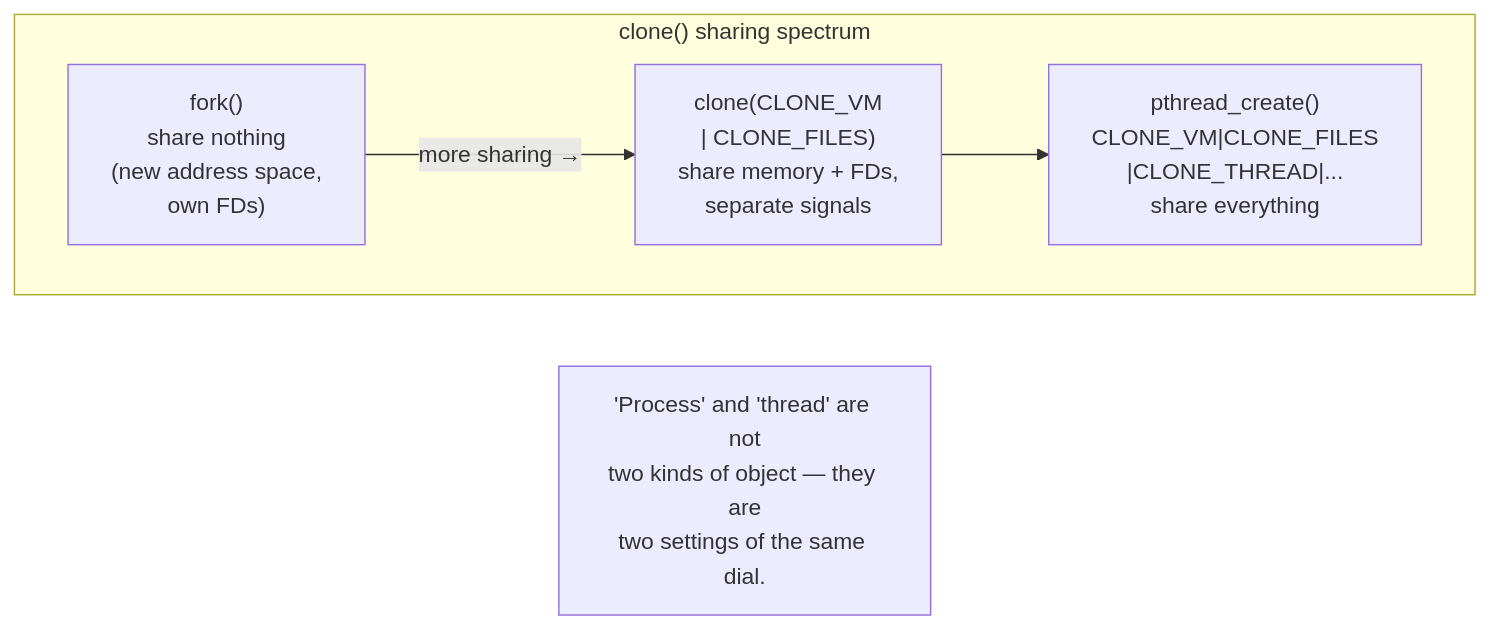
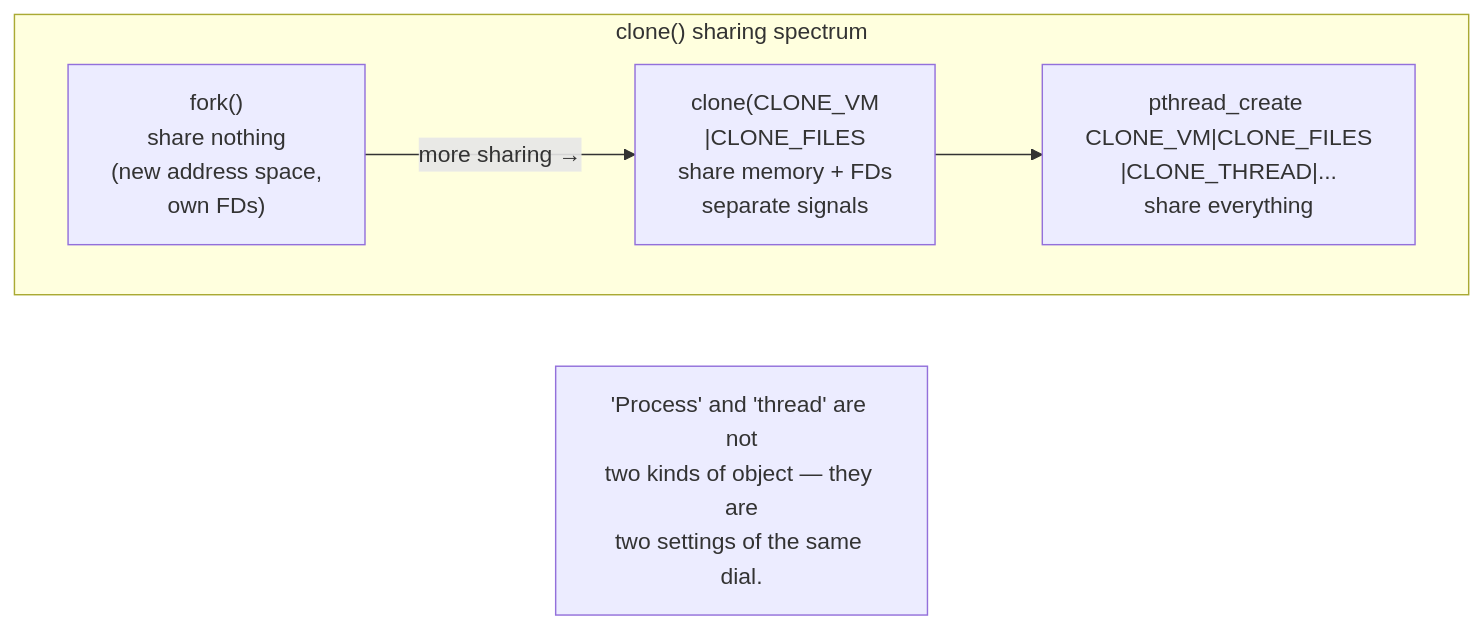
The fourth of 7 diagrams in vol-02-operating-systems-linux/ch01-process-model.md (bumbsclaw/textbooks), drawn with Mermaid before and after one commit. The commit also changed other lines of this file and 173 other files, not shown here.

First line of the commit message:
fix(mermaid): close note brackets, semicolons in Notes, stateDiagram br -> dash, edge parens

````diff
--- a/vol-02-operating-systems-linux/ch01-process-model.md
+++ b/vol-02-operating-systems-linux/ch01-process-model.md
@@ -373,11 +373,11 @@
 ```mermaid
 flowchart LR
   subgraph SPEC["clone() sharing spectrum"]
     direction LR
     A["fork()<br/>share nothing<br/>(new address space,<br/>own FDs)"]
-    B["clone(CLONE_VM<br/>| CLONE_FILES)<br/>share memory + FDs,<br/>separate signals"]
-    C["pthread_create()<br/>CLONE_VM|CLONE_FILES<br/>|CLONE_THREAD|...<br/>share everything"]
+    B["clone(CLONE_VM<br/>|CLONE_FILES <br >share memory + FDs <br >separate signals"]
+    C["pthread_create <br >CLONE_VM|CLONE_FILES<br/>|CLONE_THREAD|...<br/>share everything"]
   end
   A -->|"more sharing →"| B --> C
   note1["'Process' and 'thread' are not<br/>two kinds of object — they are<br/>two settings of the same dial."]
 ```
````
